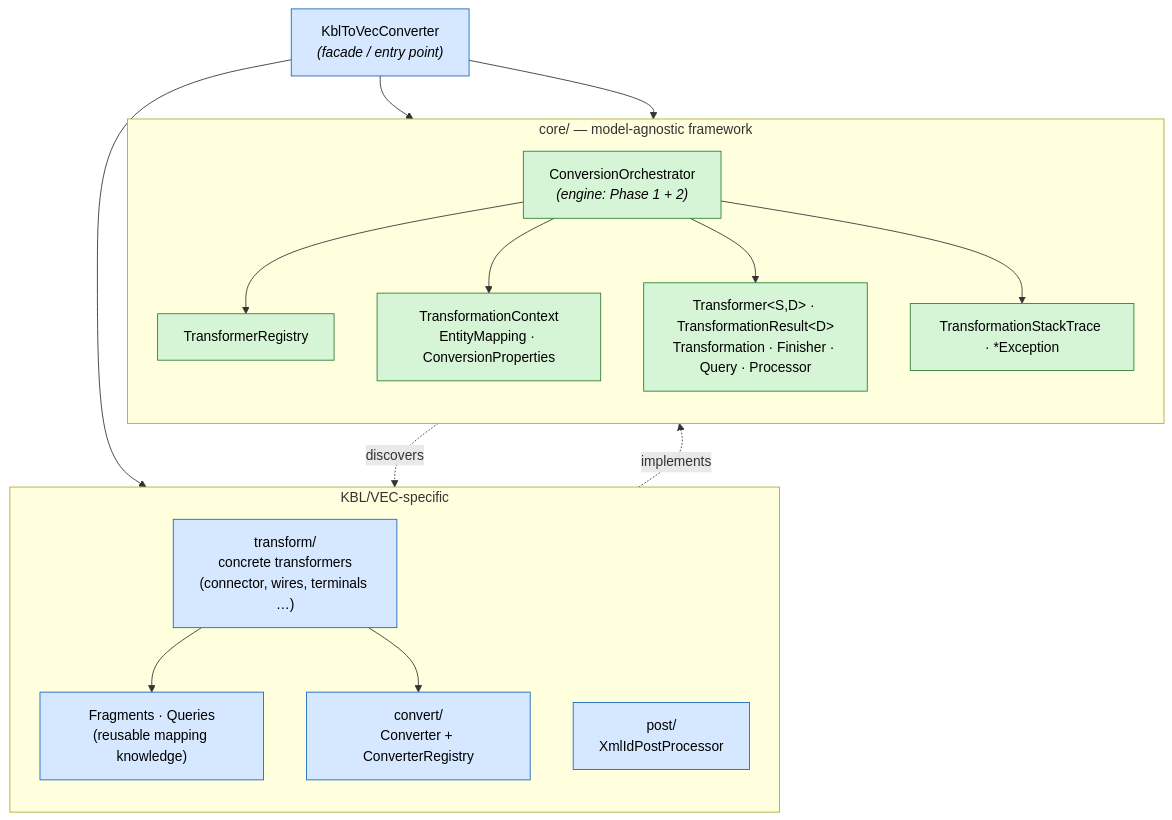
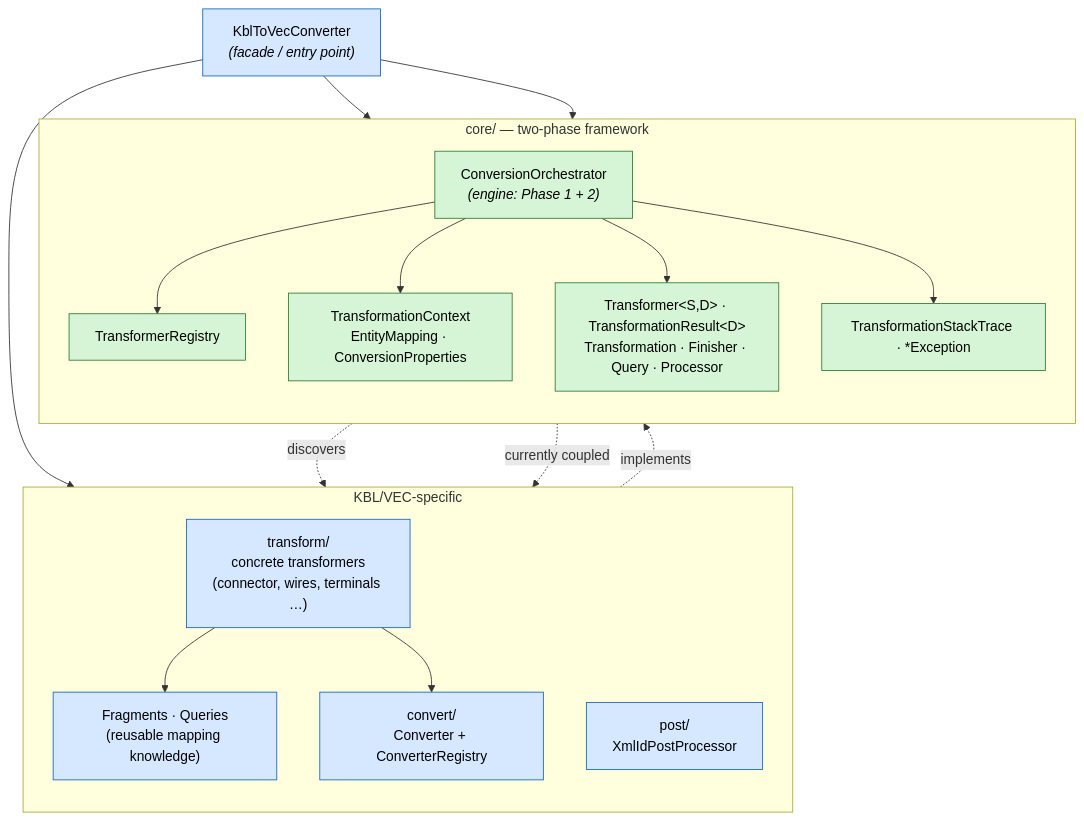
Before and after one commit to 4Soft-de/harness-model: the second of 8 diagrams in kbl2vec/ARCHITECTURE.md, drawn with Mermaid. The commit also changed other lines of this file and 1 other file, not shown here.

First line of the commit message:
docs(kbl2vec): document the design rationale of the two-phase architecture

````diff
--- a/kbl2vec/ARCHITECTURE.md
+++ b/kbl2vec/ARCHITECTURE.md
@@ -97,38 +131,39 @@
 ```mermaid
 flowchart TB
     Facade["KblToVecConverter<br/><i>(facade / entry point)</i>"]
 
     subgraph SPECIFIC["KBL/VEC-specific"]
         direction TB
         Transform["transform/<br/>concrete transformers<br/>(connector, wires, terminals …)"]
         Helpers["Fragments · Queries<br/>(reusable mapping knowledge)"]
         Convert["convert/<br/>Converter + ConverterRegistry"]
         Post["post/<br/>XmlIdPostProcessor"]
     end
 
-    subgraph CORE["core/ — model-agnostic framework"]
+    subgraph CORE["core/ — two-phase framework"]
         direction TB
         Orchestrator["ConversionOrchestrator<br/><i>(engine: Phase 1 + 2)</i>"]
         Registry["TransformerRegistry"]
         TransformerSPI["Transformer&lt;S,D&gt; · TransformationResult&lt;D&gt;<br/>Transformation · Finisher · Query · Processor"]
         Context["TransformationContext<br/>EntityMapping · ConversionProperties"]
         Diag["TransformationStackTrace · *Exception"]
     end
 
     Facade --> Orchestrator
     Facade --> Registry
     Facade --> Post
     Transform -.implements.-> TransformerSPI
     Transform --> Helpers
     Transform --> Convert
     Orchestrator --> Registry
     Orchestrator --> Context
     Orchestrator --> TransformerSPI
     Orchestrator --> Diag
     Registry -.discovers.-> Transform
+    Context -.->|"currently coupled"| Convert
 
     classDef generic fill:#d6f5d6,stroke:#2e7d32,color:#000;
     classDef specific fill:#d6e8ff,stroke:#1565c0,color:#000;
     class Orchestrator,Registry,TransformerSPI,Context,Diag generic;
     class Transform,Helpers,Convert,Post,Facade specific;
 ```
````
